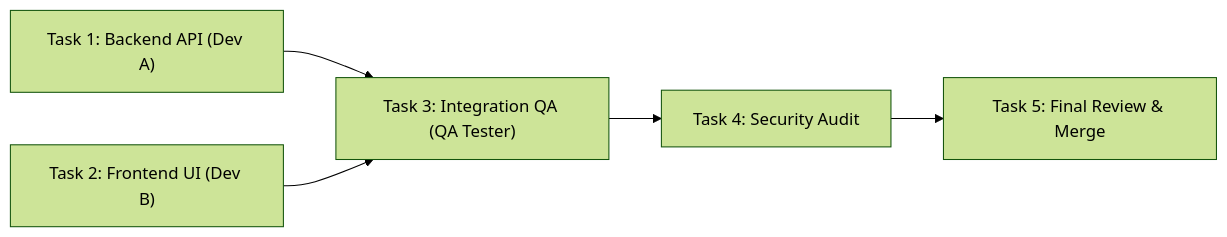
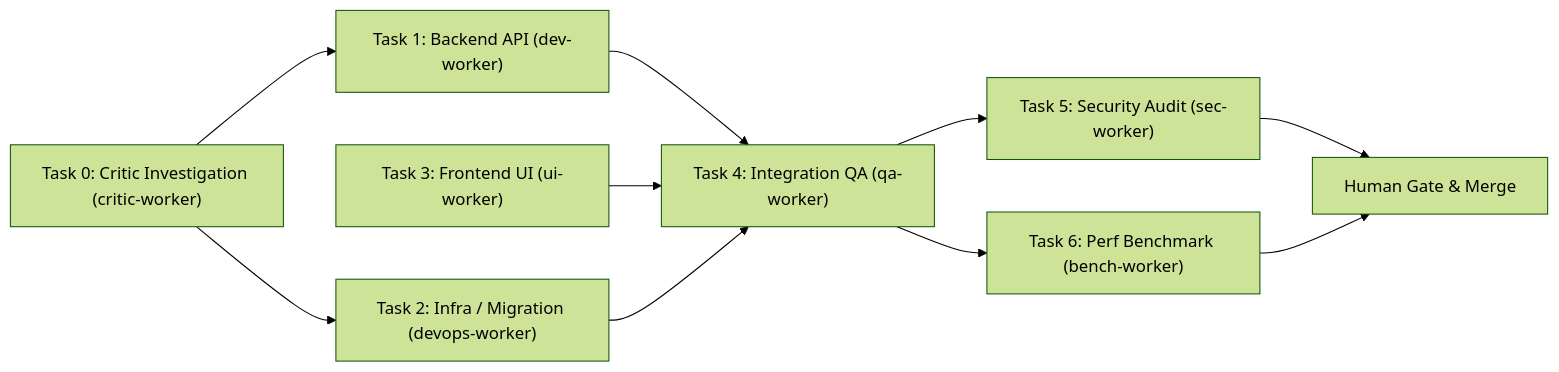
Before and after one commit to thapld/orca-multi-agent-orchestrator: the diagram in templates/plan-template.md, drawn with Mermaid (forest theme). The commit also changed other lines of this file and 8 other files, not shown here.

````diff
--- a/templates/plan-template.md
+++ b/templates/plan-template.md
@@ -22,7 +22,12 @@
 ```mermaid
 graph LR
-    DevBackend["Task 1: Backend API (Dev A)"] --> QA["Task 3: Integration QA (QA Tester)"]
-    DevFrontend["Task 2: Frontend UI (Dev B)"] --> QA
-    QA --> Sec["Task 4: Security Audit"]
-    Sec --> Release["Task 5: Final Review & Merge"]
+    Critic["Task 0: Critic Investigation (critic-worker)"] --> DevBackend["Task 1: Backend API (dev-worker)"]
+    Critic --> DevOps["Task 2: Infra / Migration (devops-worker)"]
+    DevBackend --> QA["Task 4: Integration QA (qa-worker)"]
+    DevFrontend["Task 3: Frontend UI (ui-worker)"] --> QA
+    DevOps --> QA
+    QA --> Sec["Task 5: Security Audit (sec-worker)"]
+    QA --> Bench["Task 6: Perf Benchmark (bench-worker)"]
+    Sec --> Release["Human Gate & Merge"]
+    Bench --> Release
 ```
````
